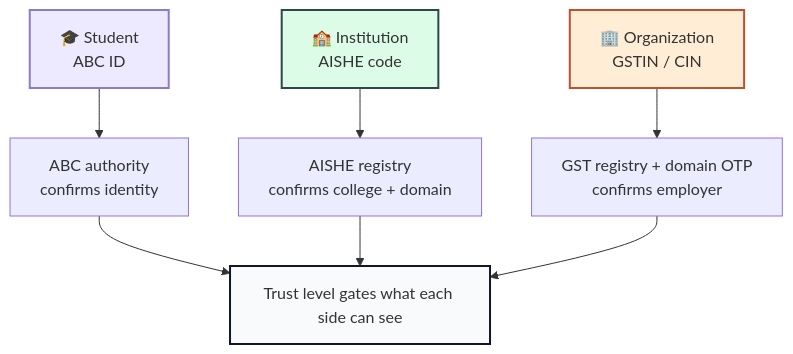
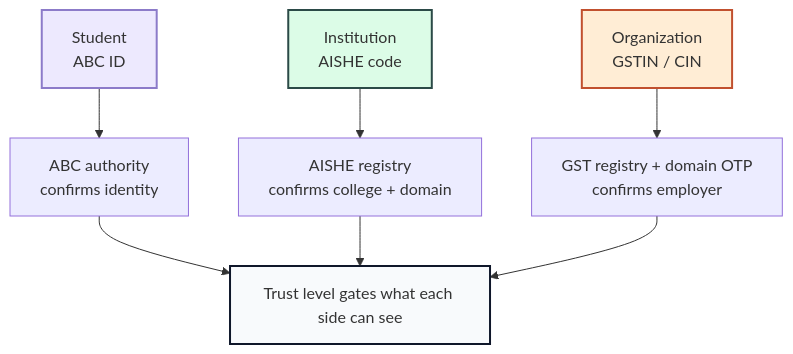
The fourth of 7 diagrams in README.md (ayushjha-dev/RISE), drawn with Mermaid before and after one commit. The commit also changed other lines of this file, not shown here.

````diff
--- a/README.md
+++ b/README.md
@@ -231,13 +231,13 @@
 ```mermaid
 flowchart TB
-    STU["🎓 Student<br/>ABC ID"] --> ABC["ABC authority<br/>confirms identity"]
-    INS["🏫 Institution<br/>AISHE code"] --> AIS["AISHE registry<br/>confirms college + domain"]
-    ORG["🏢 Organization<br/>GSTIN / CIN"] --> GST["GST registry + domain OTP<br/>confirms employer"]
+    STU["Student<br/>ABC ID"] --> ABC["ABC authority<br/>confirms identity"]
+    INS["Institution<br/>AISHE code"] --> AIS["AISHE registry<br/>confirms college + domain"]
+    ORG["Organization<br/>GSTIN / CIN"] --> GST["GST registry + domain OTP<br/>confirms employer"]
     ABC --> TRUST["Trust level gates what each side can see"]
     AIS --> TRUST
     GST --> TRUST
     style STU fill:#ede9fe,stroke:#8c7bc9,stroke-width:2px
     style INS fill:#dcfce7,stroke:#2b4a47,stroke-width:2px
     style ORG fill:#ffedd5,stroke:#c1502e,stroke-width:2px
     style TRUST fill:#f8fafc,stroke:#0f172a,stroke-width:2px
 ```
````
